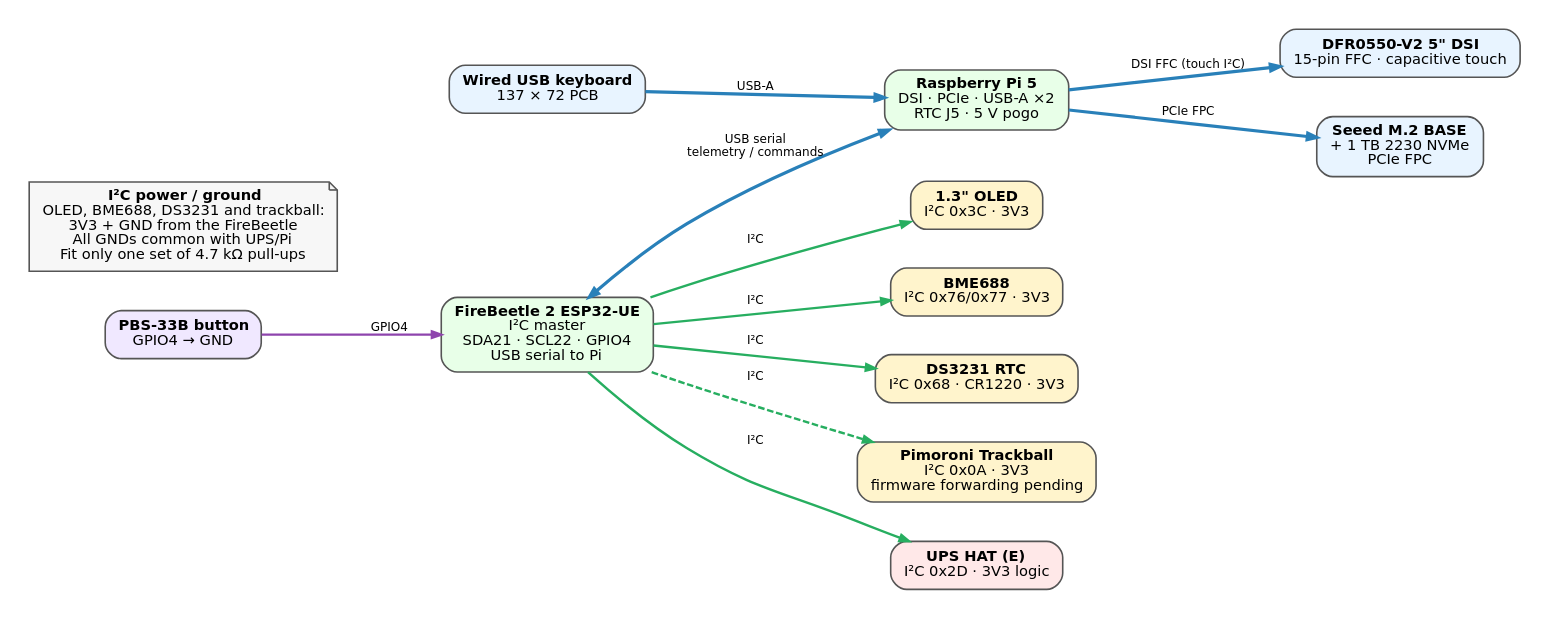
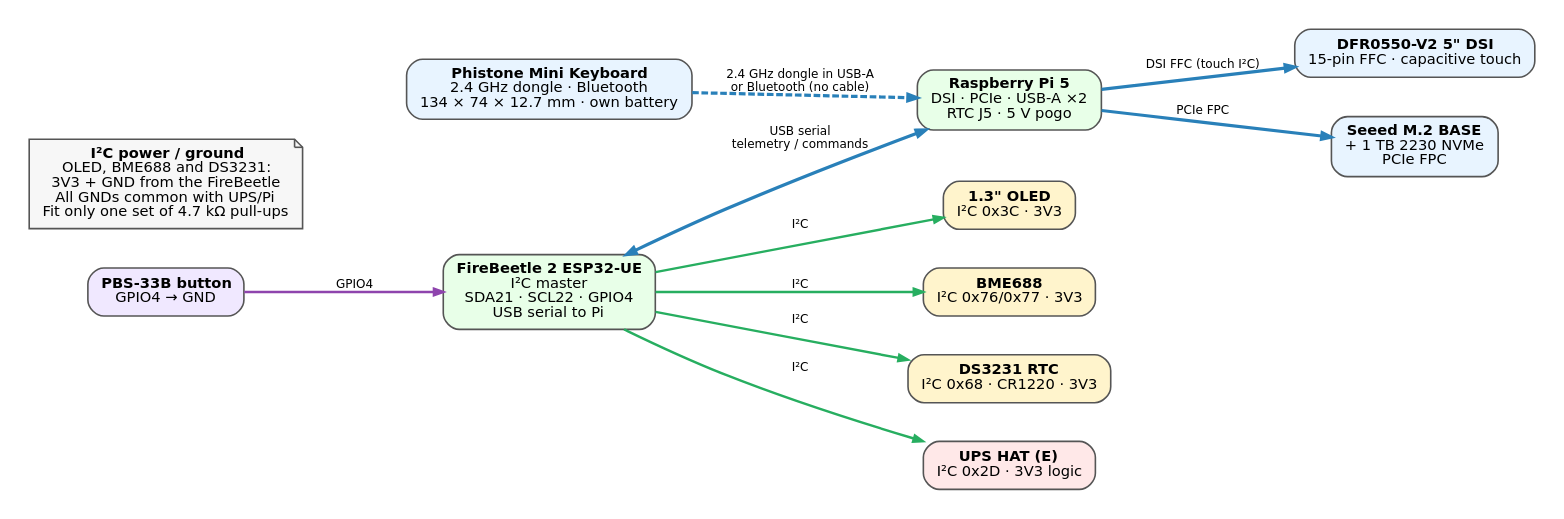
The diagram in docs/wiring_data.dot (jsoeterbroek/ktemata), drawn with Graphviz before and after one commit. The commit also changed 15 other files, not shown here.

First line of the commit message:
Retarget wiring diagrams and schematic for the r3 build

```diff
--- a/docs/wiring_data.dot
+++ b/docs/wiring_data.dot
@@ -1,29 +1,27 @@
 digraph data {
   graph [rankdir=LR, splines=spline, nodesep=0.4, ranksep=0.7, fontname="DejaVu Sans", bgcolor="white", pad=0.2];
   node [shape=box, style="rounded,filled", fontname="DejaVu Sans", fontsize=11, margin="0.14,0.08", color="#555555", penwidth=1.2];
   edge [fontname="DejaVu Sans", fontsize=9, penwidth=1.8, arrowsize=0.7];
 
   pi [label=<<b>Raspberry Pi 5</b><br/>DSI · PCIe · USB-A ×2<br/>RTC J5 · 5 V pogo>, fillcolor="#e8ffe8"];
   disp [label=<<b>DFR0550-V2 5" DSI</b><br/>15-pin FFC · capacitive touch>, fillcolor="#e8f4ff"];
   nvme [label=<<b>Seeed M.2 BASE</b><br/>+ 1 TB 2230 NVMe<br/>PCIe FPC>, fillcolor="#e8f4ff"];
-  kbd [label=<<b>Wired USB keyboard</b><br/>137 × 72 PCB>, fillcolor="#e8f4ff"];
+  kbd [label=<<b>Phistone Mini Keyboard</b><br/>2.4 GHz dongle · Bluetooth<br/>134 × 74 × 12.7 mm · own battery>, fillcolor="#e8f4ff"];
   fb [label=<<b>FireBeetle 2 ESP32-UE</b><br/>I²C master<br/>SDA21 · SCL22 · GPIO4<br/>USB serial to Pi>, fillcolor="#e8ffe8"];
   oled [label=<<b>1.3" OLED</b><br/>I²C 0x3C · 3V3>, fillcolor="#fff4cc"];
   bme [label=<<b>BME688</b><br/>I²C 0x76/0x77 · 3V3>, fillcolor="#fff4cc"];
   rtc [label=<<b>DS3231 RTC</b><br/>I²C 0x68 · CR1220 · 3V3>, fillcolor="#fff4cc"];
-  track [label=<<b>Pimoroni Trackball</b><br/>I²C 0x0A · 3V3<br/>firmware forwarding pending>, fillcolor="#fff4cc"];
   btn [label=<<b>PBS-33B button</b><br/>GPIO4 → GND>, fillcolor="#f0e8ff"];
   ups [label=<<b>UPS HAT (E)</b><br/>I²C 0x2D · 3V3 logic>, fillcolor="#ffe8e8"];
-  note [shape=note, label=<<b>I²C power / ground</b><br/>OLED, BME688, DS3231 and trackball:<br/>3V3 + GND from the FireBeetle<br/>All GNDs common with UPS/Pi<br/>Fit only one set of 4.7 kΩ pull-ups>, fillcolor="#f7f7f7"];
+  note [shape=note, label=<<b>I²C power / ground</b><br/>OLED, BME688 and DS3231:<br/>3V3 + GND from the FireBeetle<br/>All GNDs common with UPS/Pi<br/>Fit only one set of 4.7 kΩ pull-ups>, fillcolor="#f7f7f7"];
 
   pi -> disp [label="DSI FFC (touch I²C)", color="#2980b9", penwidth=2.4];
   pi -> nvme [label="PCIe FPC", color="#2980b9", penwidth=2.4];
-  kbd -> pi [label="USB-A", color="#2980b9", penwidth=2.4];
+  kbd -> pi [label="2.4 GHz dongle in USB-A\nor Bluetooth (no cable)", color="#2980b9", penwidth=2.4, style=dashed];
   fb -> pi [label="USB serial\ntelemetry / commands", dir=both, color="#2980b9", penwidth=2.4];
   fb -> oled [label="I²C", color="#27ae60"];
   fb -> bme [label="I²C", color="#27ae60"];
   fb -> rtc [label="I²C", color="#27ae60"];
-  fb -> track [label="I²C", color="#27ae60", style=dashed];
   fb -> ups [label="I²C", color="#27ae60"];
   btn -> fb [label="GPIO4", color="#8e44ad"];
 }
```
